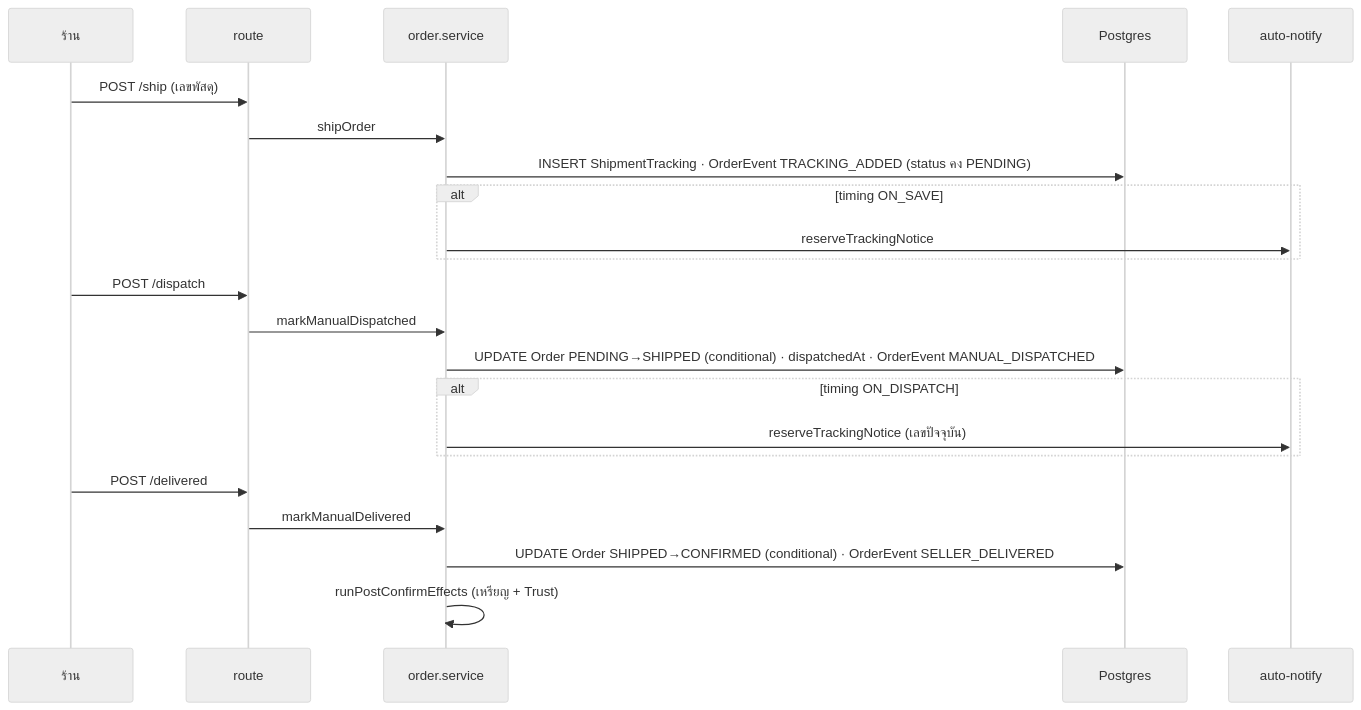
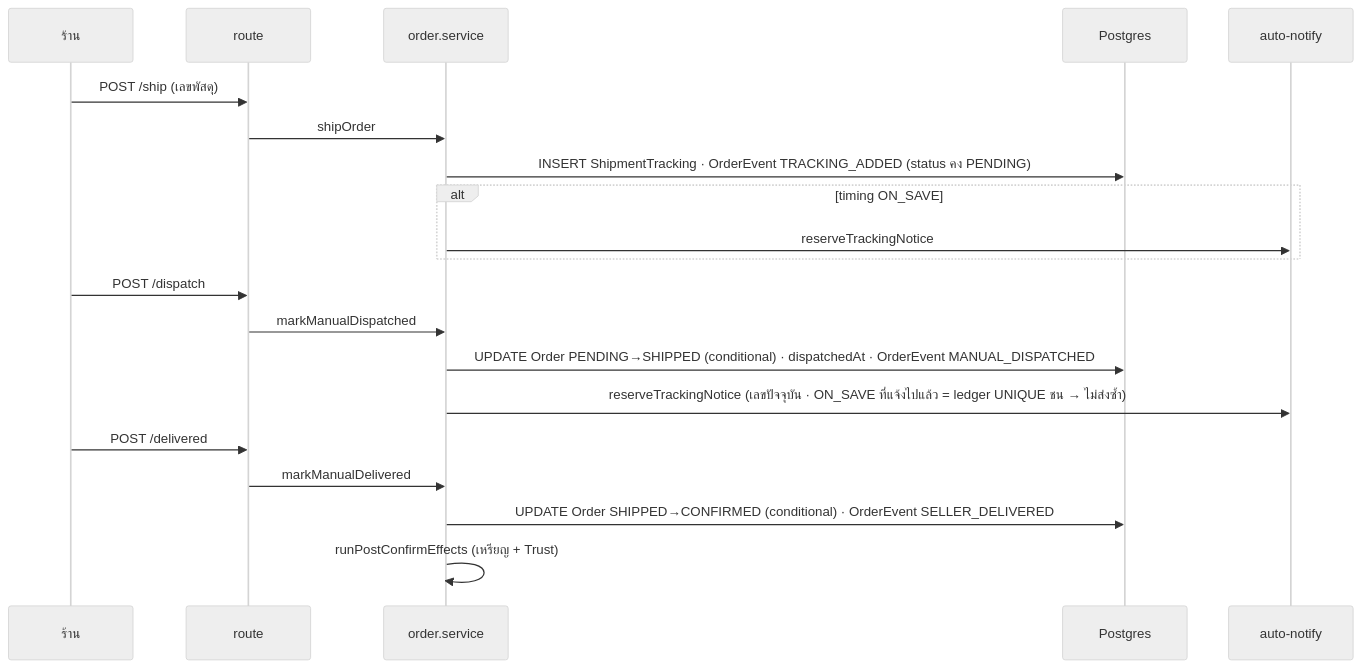
One commit to CodeCooLTH/deep-web changed the second of 2 diagrams in docs/20 - Features/00080 - Manual Shipment Dispatch Steps/SDS.md. Above: the diagram before and after it, drawn with Mermaid (neutral theme). The commit also changed other lines of this file and 6 other files, not shown here.

````diff
--- a/docs/20 - Features/00080 - Manual Shipment Dispatch Steps/SDS.md
+++ b/docs/20 - Features/00080 - Manual Shipment Dispatch Steps/SDS.md
@@ -73,24 +73,22 @@
 ```mermaid
 sequenceDiagram
     participant U as ร้าน
     participant API as route
     participant S as order.service
     participant DB as Postgres
     participant N as auto-notify
     U->>API: POST /ship (เลขพัสดุ)
     API->>S: shipOrder
     S->>DB: INSERT ShipmentTracking · OrderEvent TRACKING_ADDED (status คง PENDING)
     alt timing ON_SAVE
       S->>N: reserveTrackingNotice
     end
     U->>API: POST /dispatch
     API->>S: markManualDispatched
     S->>DB: UPDATE Order PENDING→SHIPPED (conditional) · dispatchedAt · OrderEvent MANUAL_DISPATCHED
-    alt timing ON_DISPATCH
-      S->>N: reserveTrackingNotice (เลขปัจจุบัน)
-    end
+    S->>N: reserveTrackingNotice (เลขปัจจุบัน · ON_SAVE ที่แจ้งไปแล้ว = ledger UNIQUE ชน → ไม่ส่งซ้ำ)
     U->>API: POST /delivered
     API->>S: markManualDelivered
     S->>DB: UPDATE Order SHIPPED→CONFIRMED (conditional) · OrderEvent SELLER_DELIVERED
     S->>S: runPostConfirmEffects (เหรียญ + Trust)
 ```
````
